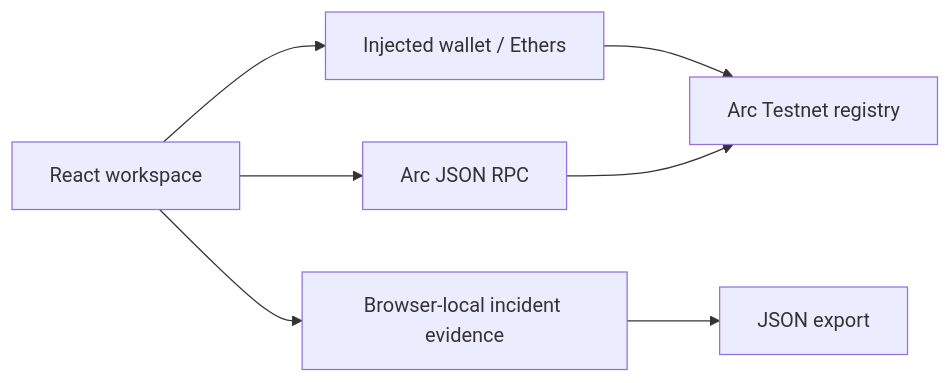
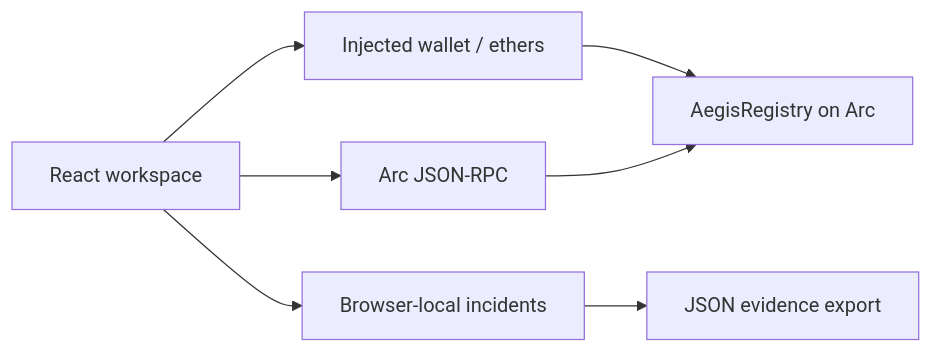
The diagram in README.md (paradox-prakhar/AEGIS-PROTOCOL), drawn with Mermaid before and after one commit. The commit also changed other lines of this file and 12 other files, not shown here.

Commit message:
Preserve v2 security and validate Arkiv evidence against Arc

````diff
--- a/README.md
+++ b/README.md
@@ -47,9 +61,9 @@
 ```mermaid
 flowchart LR
-  UI[React workspace] --> Wallet[Injected wallet / Ethers]
-  Wallet --> Registry[Arc Testnet registry]
-  UI --> RPC[Arc JSON RPC]
+  UI[React workspace] --> Wallet[Injected wallet / ethers]
+  Wallet --> Registry[AegisRegistry on Arc]
+  UI --> RPC[Arc JSON-RPC]
   RPC --> Registry
-  UI --> Local[Browser-local incident evidence]
-  Local --> Export[JSON export]
+  UI --> Local[Browser-local incidents]
+  Local --> Export[JSON evidence export]
 ```
````
